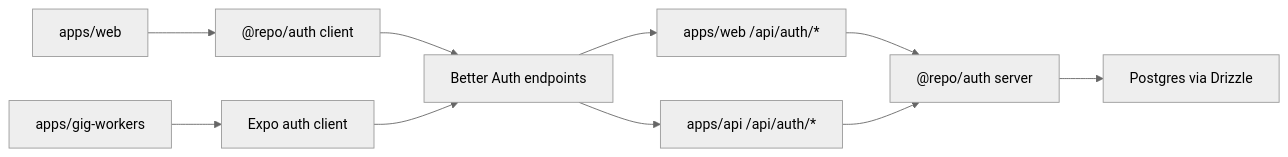
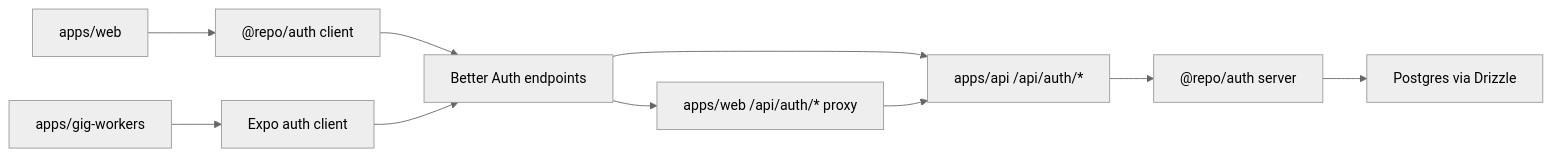
One commit to PavanAkurathi/pavn changed the first of 3 diagrams in packages/auth/README.md. Above: the diagram before and after it, drawn with Mermaid (neutral theme). The commit also changed other lines of this file and 101 other files, not shown here.

````diff
--- a/packages/auth/README.md
+++ b/packages/auth/README.md
@@ -39,12 +39,12 @@
 ```mermaid
 flowchart LR
     A["apps/web"] --> B["@repo/auth client"]
     C["apps/gig-workers"] --> D["Expo auth client"]
     B --> E["Better Auth endpoints"]
     D --> E
-    E --> F["apps/web /api/auth/*"]
+    E --> F["apps/web /api/auth/* proxy"]
     E --> G["apps/api /api/auth/*"]
-    F --> H["@repo/auth server"]
-    G --> H
+    F --> G
+    G --> H["@repo/auth server"]
     H --> I["Postgres via Drizzle"]
 ```
````
